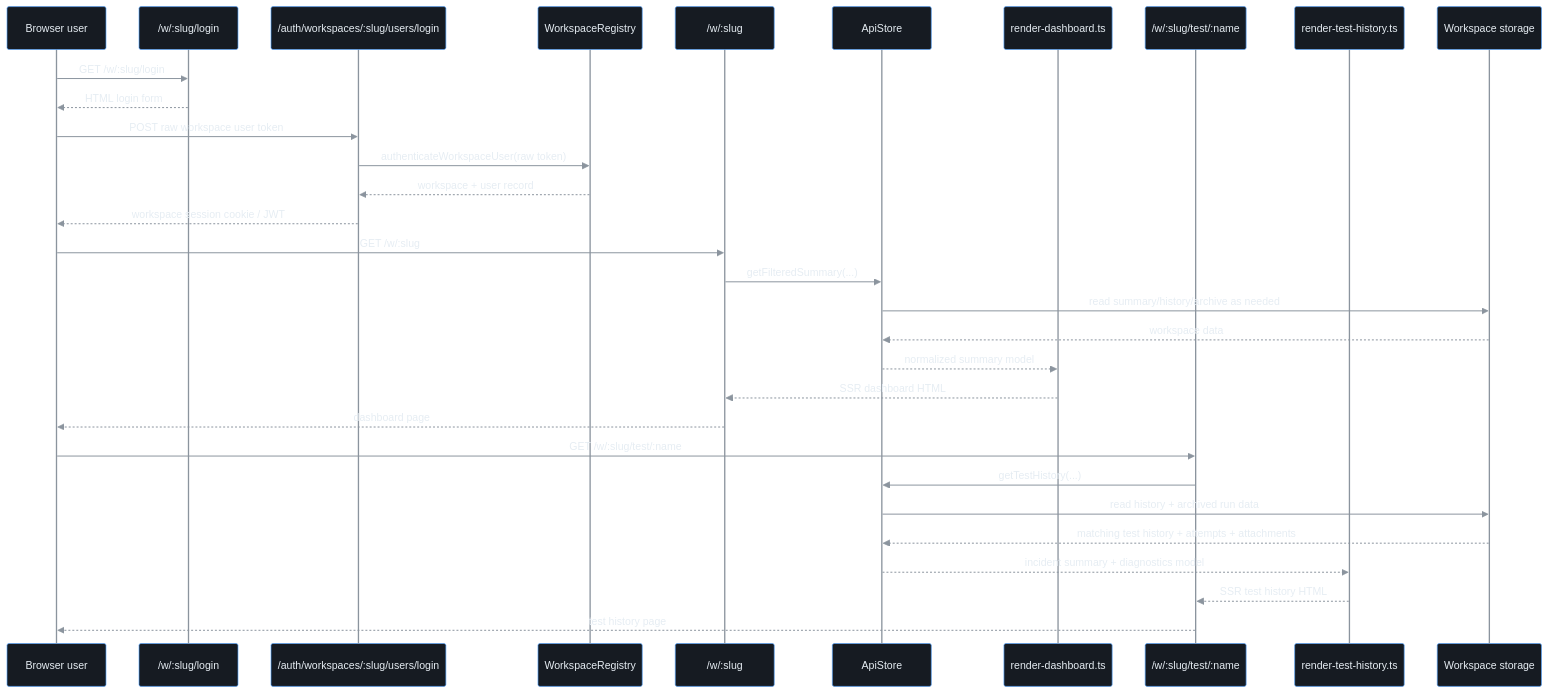
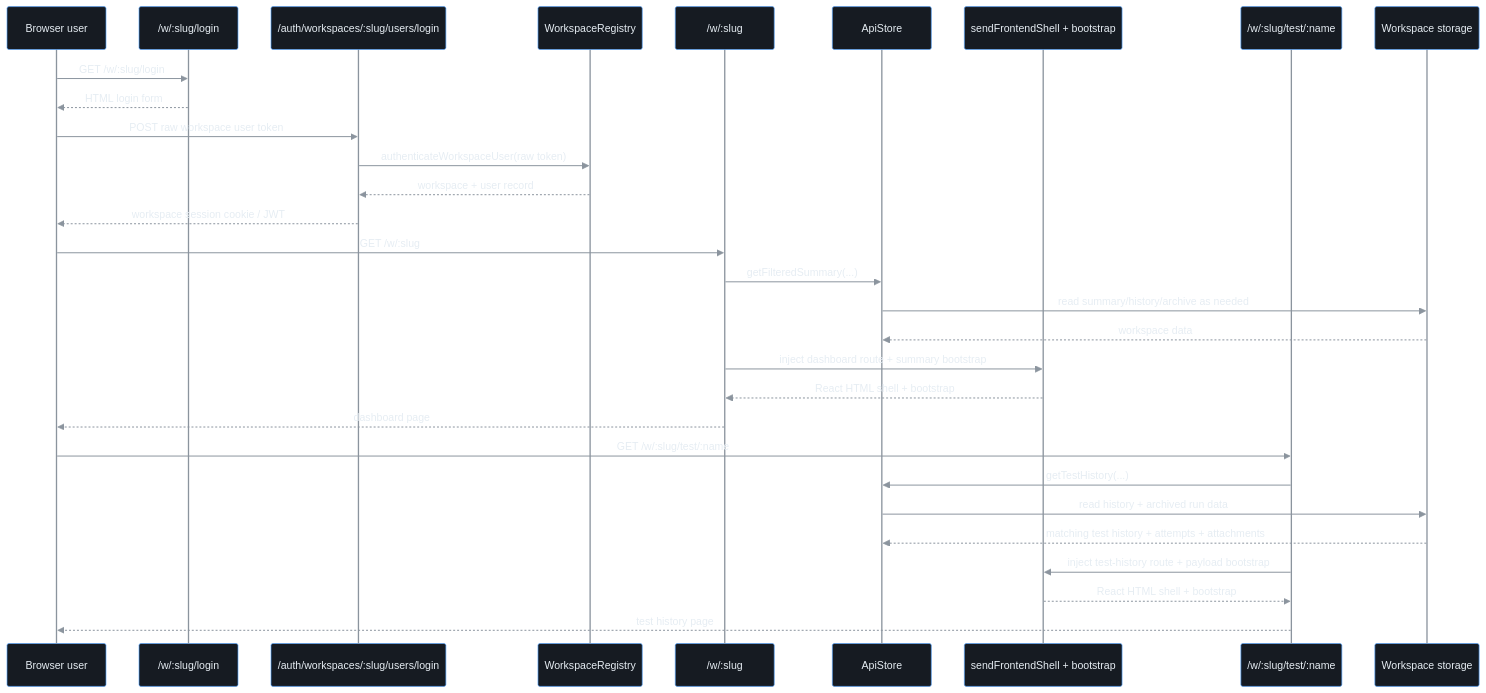
One commit to MrForbish/AQAPulse changed the tenth of 10 diagrams in ARCHITECTURE-DIAGRAMS.md. Above: the diagram before and after it, drawn with Mermaid. The commit also changed other lines of this file and 4 other files, not shown here.

````diff
--- a/ARCHITECTURE-DIAGRAMS.md
+++ b/ARCHITECTURE-DIAGRAMS.md
@@ -507,70 +497,69 @@
 ```mermaid
 %%{init: {
     "theme": "base",
     "themeVariables": {
         "background": "#0d1117",
         "primaryColor": "#161b22",
         "primaryTextColor": "#e6edf3",
         "primaryBorderColor": "#3d444d",
         "secondaryColor": "#161b22",
         "secondaryTextColor": "#e6edf3",
         "secondaryBorderColor": "#3d444d",
         "tertiaryColor": "#161b22",
         "tertiaryTextColor": "#e6edf3",
         "tertiaryBorderColor": "#3d444d",
         "lineColor": "#8b949e",
         "textColor": "#e6edf3",
         "mainBkg": "#161b22",
         "noteBkgColor": "#13233a",
         "noteTextColor": "#e6edf3",
         "noteBorderColor": "#58a6ff",
         "actorBkg": "#161b22",
         "actorBorder": "#58a6ff",
         "actorTextColor": "#e6edf3",
         "actorLineColor": "#8b949e",
         "signalColor": "#8b949e",
         "signalTextColor": "#e6edf3",
         "labelBoxBkgColor": "#161b22",
         "labelBoxBorderColor": "#3d444d",
         "labelTextColor": "#e6edf3",
         "activationBkgColor": "#1f2a37",
         "activationBorderColor": "#58a6ff",
         "sequenceNumberColor": "#e6edf3"
     }
 }}%%
 sequenceDiagram
         participant U as Browser user
         participant LOGIN as /w/:slug/login
         participant USERAUTH as /auth/workspaces/:slug/users/login
         participant REG as WorkspaceRegistry
         participant DASH as /w/:slug
         participant API as ApiStore
-        participant RDD as render-dashboard.ts
+        participant SHELL as sendFrontendShell + bootstrap
         participant TEST as /w/:slug/test/:name
-        participant RTH as render-test-history.ts
         participant ST as Workspace storage
 
         U->>LOGIN: GET /w/:slug/login
         LOGIN-->>U: HTML login form
 
         U->>USERAUTH: POST raw workspace user token
         USERAUTH->>REG: authenticateWorkspaceUser(raw token)
         REG-->>USERAUTH: workspace + user record
         USERAUTH-->>U: workspace session cookie / JWT
 
         U->>DASH: GET /w/:slug
         DASH->>API: getFilteredSummary(...)
         API->>ST: read summary/history/archive as needed
         ST-->>API: workspace data
-        API-->>RDD: normalized summary model
-        RDD-->>DASH: SSR dashboard HTML
+        DASH->>SHELL: inject dashboard route + summary bootstrap
+        SHELL-->>DASH: React HTML shell + bootstrap
         DASH-->>U: dashboard page
 
         U->>TEST: GET /w/:slug/test/:name
         TEST->>API: getTestHistory(...)
         API->>ST: read history + archived run data
         ST-->>API: matching test history + attempts + attachments
-        API-->>RTH: incident summary + diagnostics model
-        RTH-->>TEST: SSR test history HTML
+        TEST->>SHELL: inject test-history route + payload bootstrap
+        SHELL-->>TEST: React HTML shell + bootstrap
         TEST-->>U: test history page
 ```
````
